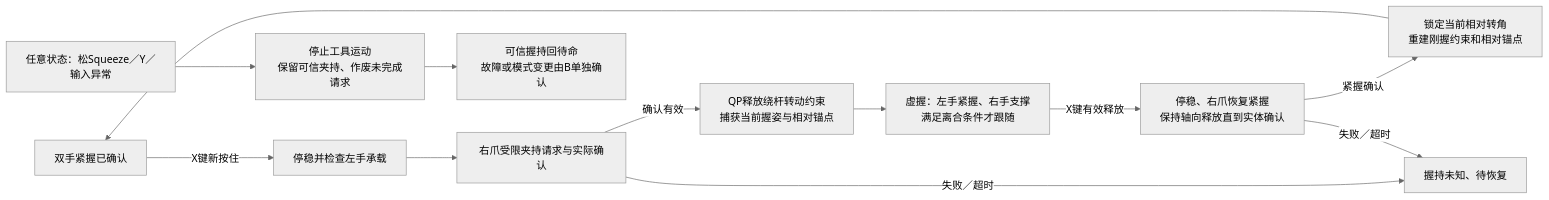
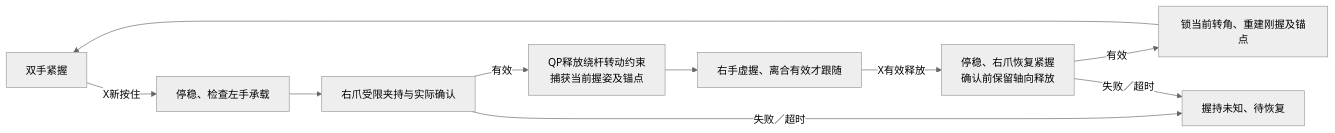
One commit to WXB1870/bindu changed the second of 3 diagrams in 动作执行契约.md. Above: the diagram before and after it, drawn with Mermaid (neutral theme). The commit also changed other lines of this file and 27 other files, not shown here.

````diff
--- a/动作执行契约.md
+++ b/动作执行契约.md
@@ -227,14 +234,12 @@
 ```mermaid
 flowchart LR
-    R[双手紧握已确认] -->|X键新按住| E[停稳并检查左手承载]
-    E --> L[右爪受限夹持请求与实际确认]
-    L -->|确认有效| V[QP释放绕杆转动约束<br/>捕获当前握姿与相对锚点]
-    V --> A[虚握：左手紧握、右手支撑<br/>满足离合条件才跟随]
-    A -->|X键有效释放| T[停稳、右爪恢复紧握<br/>保持轴向释放直到实体确认]
-    T -->|紧握确认| C[锁定当前相对转角<br/>重建刚握约束和相对锚点]
+    R[双手紧握] -->|X新按住| E[停稳、检查左手承载]
+    E --> L[右爪受限夹持与实际确认]
+    L -->|有效| V[QP释放绕杆转动约束<br/>捕获当前握姿及锚点]
+    V --> A[右手虚握、离合有效才跟随]
+    A -->|X有效释放| T[停稳、右爪恢复紧握<br/>确认前保留轴向释放]
+    T -->|有效| C[锁当前转角、重建刚握及锚点]
     C --> R
-    ANY[任意状态：松Squeeze／Y／输入异常] --> H[停止工具运动<br/>保留可信夹持、作废未完成请求]
-    H --> K[可信握持回待命<br/>故障或模式变更由B单独确认]
     L -->|失败／超时| U[握持未知、待恢复]
     T -->|失败／超时| U
 ```
````
